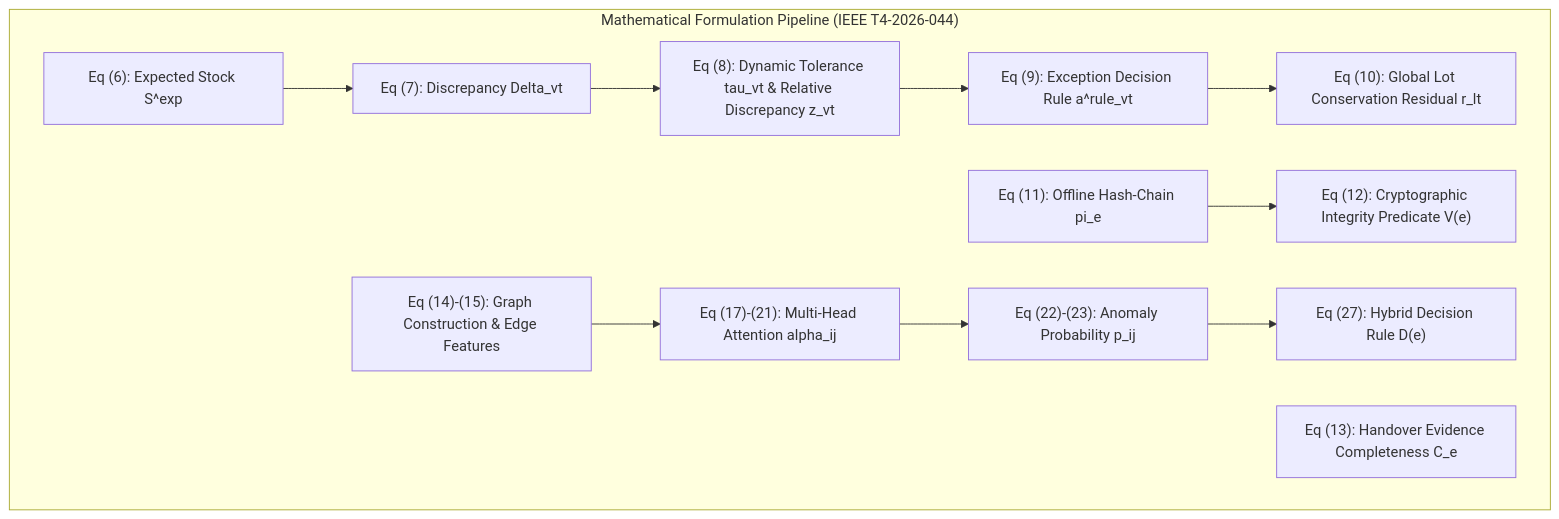
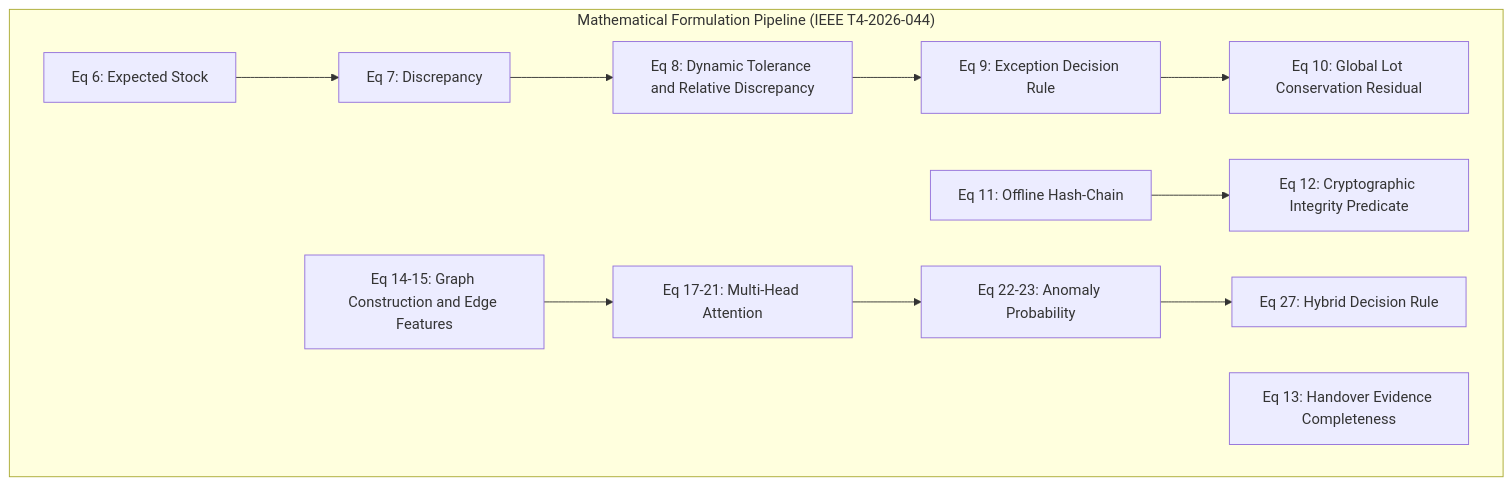
One commit to VishalNandy17/harvest-link-chain changed the third of 4 diagrams in README.md. Above: the diagram before and after it, drawn with Mermaid. The commit also changed other lines of this file, not shown here.

````diff
--- a/README.md
+++ b/README.md
@@ -96,17 +96,17 @@
 ```mermaid
 graph TD
     subgraph Math_Framework["Mathematical Formulation Pipeline (IEEE T4-2026-044)"]
-        E6["Eq (6): Expected Stock S^exp"] --> E7["Eq (7): Discrepancy Delta_vt"]
-        E7 --> E8["Eq (8): Dynamic Tolerance tau_vt & Relative Discrepancy z_vt"]
-        E8 --> E9["Eq (9): Exception Decision Rule a^rule_vt"]
-        E9 --> E10["Eq (10): Global Lot Conservation Residual r_lt"]
-        
-        E11["Eq (11): Offline Hash-Chain pi_e"] --> E12["Eq (12): Cryptographic Integrity Predicate V(e)"]
-        
-        E13["Eq (13): Handover Evidence Completeness C_e"]
-        
-        E14["Eq (14)-(15): Graph Construction & Edge Features"] --> E17["Eq (17)-(21): Multi-Head Attention alpha_ij"]
-        E17 --> E22["Eq (22)-(23): Anomaly Probability p_ij"]
-        E22 --> E27["Eq (27): Hybrid Decision Rule D(e)"]
+        E6["Eq 6: Expected Stock"] --> E7["Eq 7: Discrepancy"]
+        E7 --> E8["Eq 8: Dynamic Tolerance and Relative Discrepancy"]
+        E8 --> E9["Eq 9: Exception Decision Rule"]
+        E9 --> E10["Eq 10: Global Lot Conservation Residual"]
+
+        E11["Eq 11: Offline Hash-Chain"] --> E12["Eq 12: Cryptographic Integrity Predicate"]
+
+        E13["Eq 13: Handover Evidence Completeness"]
+
+        E14["Eq 14-15: Graph Construction and Edge Features"] --> E17["Eq 17-21: Multi-Head Attention"]
+        E17 --> E22["Eq 22-23: Anomaly Probability"]
+        E22 --> E27["Eq 27: Hybrid Decision Rule"]
     end
 ```
````
